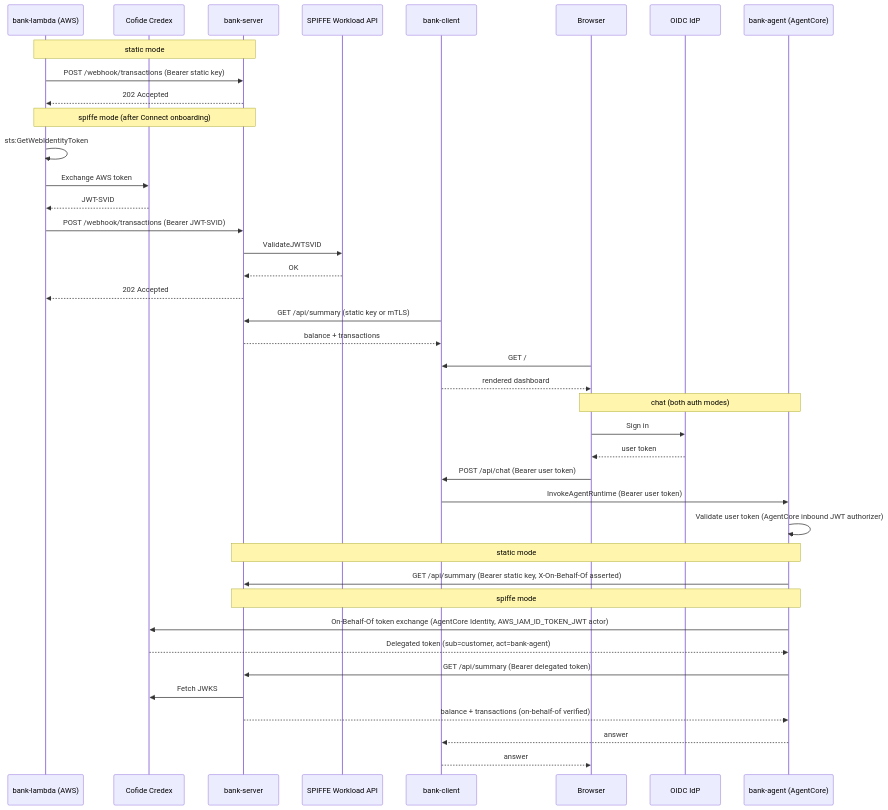
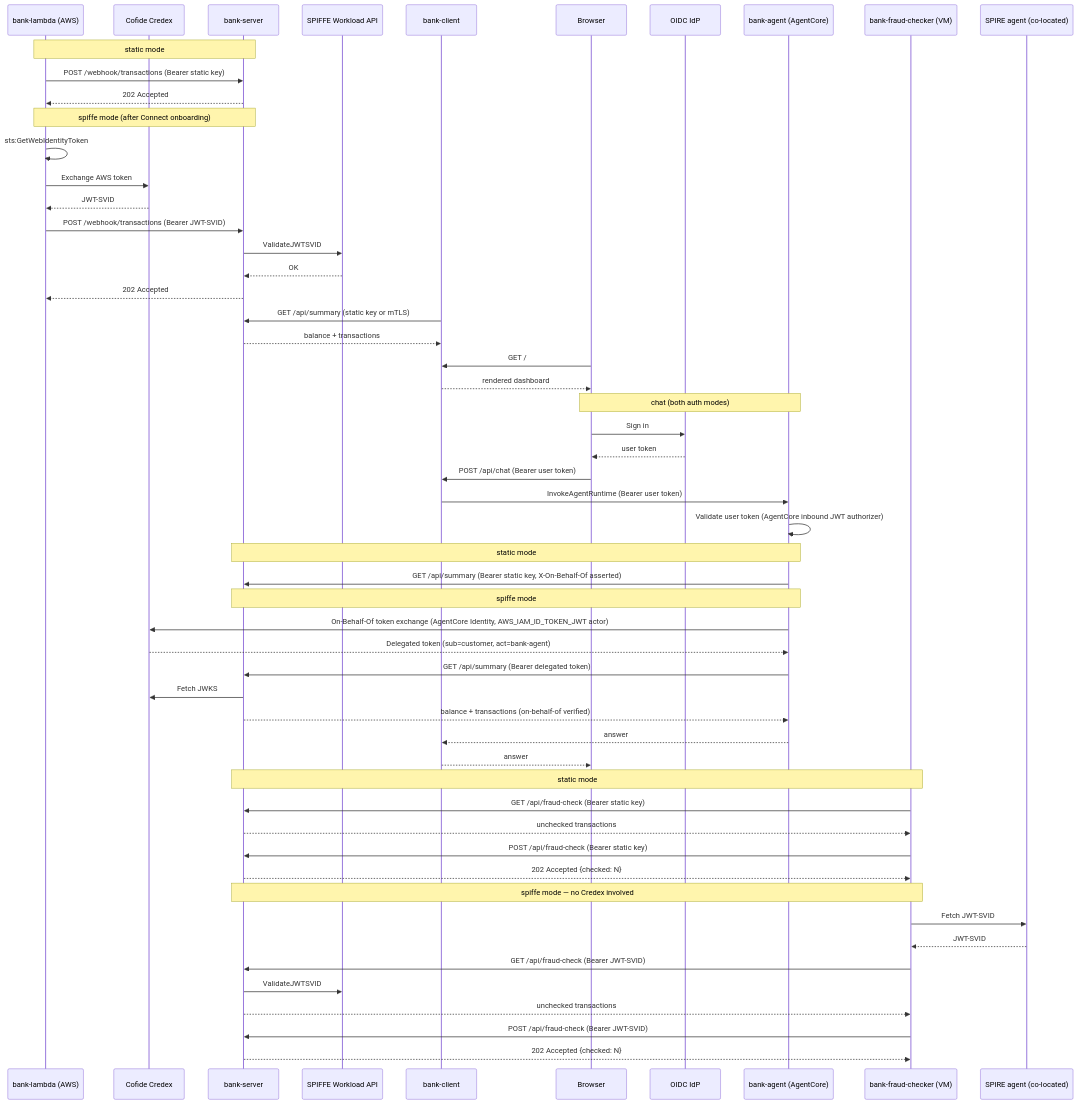
One commit to cofide/cofide-demos changed the diagram in workloads/bank/README.md. Above: the diagram before and after it, drawn with Mermaid. The commit also changed other lines of this file and 10 other files, not shown here.

Commit message:
Add fraud checker

````diff
--- a/workloads/bank/README.md
+++ b/workloads/bank/README.md
@@ -28,49 +30,66 @@
 ```mermaid
 sequenceDiagram
     participant Lambda as bank-lambda (AWS)
     participant Credex as Cofide Credex
     participant Server as bank-server
     participant WA as SPIFFE Workload API
     participant Client as bank-client
     participant Browser
     participant IdP as OIDC IdP
     participant Agent as bank-agent (AgentCore)
+    participant FC as bank-fraud-checker (VM)
+    participant SA as SPIRE agent (co-located)
 
     Note over Lambda,Server: static mode
     Lambda->>Server: POST /webhook/transactions (Bearer static key)
     Server-->>Lambda: 202 Accepted
 
     Note over Lambda,Server: spiffe mode (after Connect onboarding)
     Lambda->>Lambda: sts:GetWebIdentityToken
     Lambda->>Credex: Exchange AWS token
     Credex-->>Lambda: JWT-SVID
     Lambda->>Server: POST /webhook/transactions (Bearer JWT-SVID)
     Server->>WA: ValidateJWTSVID
     WA-->>Server: OK
     Server-->>Lambda: 202 Accepted
 
     Client->>Server: GET /api/summary (static key or mTLS)
     Server-->>Client: balance + transactions
     Browser->>Client: GET /
     Client-->>Browser: rendered dashboard
 
     Note over Browser,Agent: chat (both auth modes)
     Browser->>IdP: Sign in
     IdP-->>Browser: user token
     Browser->>Client: POST /api/chat (Bearer user token)
     Client->>Agent: InvokeAgentRuntime (Bearer user token)
     Agent->>Agent: Validate user token (AgentCore inbound JWT authorizer)
 
     Note over Agent,Server: static mode
     Agent->>Server: GET /api/summary (Bearer static key, X-On-Behalf-Of asserted)
 
     Note over Agent,Server: spiffe mode
     Agent->>Credex: On-Behalf-Of token exchange (AgentCore Identity, AWS_IAM_ID_TOKEN_JWT actor)
     Credex-->>Agent: Delegated token (sub=customer, act=bank-agent)
     Agent->>Server: GET /api/summary (Bearer delegated token)
     Server->>Credex: Fetch JWKS
     Server-->>Agent: balance + transactions (on-behalf-of verified)
 
     Agent-->>Client: answer
     Client-->>Browser: answer
+
+    Note over FC,Server: static mode
+    FC->>Server: GET /api/fraud-check (Bearer static key)
+    Server-->>FC: unchecked transactions
+    FC->>Server: POST /api/fraud-check (Bearer static key)
+    Server-->>FC: 202 Accepted {checked: N}
+
+    Note over FC,Server: spiffe mode — no Credex involved
+    FC->>SA: Fetch JWT-SVID
+    SA-->>FC: JWT-SVID
+    FC->>Server: GET /api/fraud-check (Bearer JWT-SVID)
+    Server->>WA: ValidateJWTSVID
+    Server-->>FC: unchecked transactions
+    FC->>Server: POST /api/fraud-check (Bearer JWT-SVID)
+    Server-->>FC: 202 Accepted {checked: N}
 ```
````
